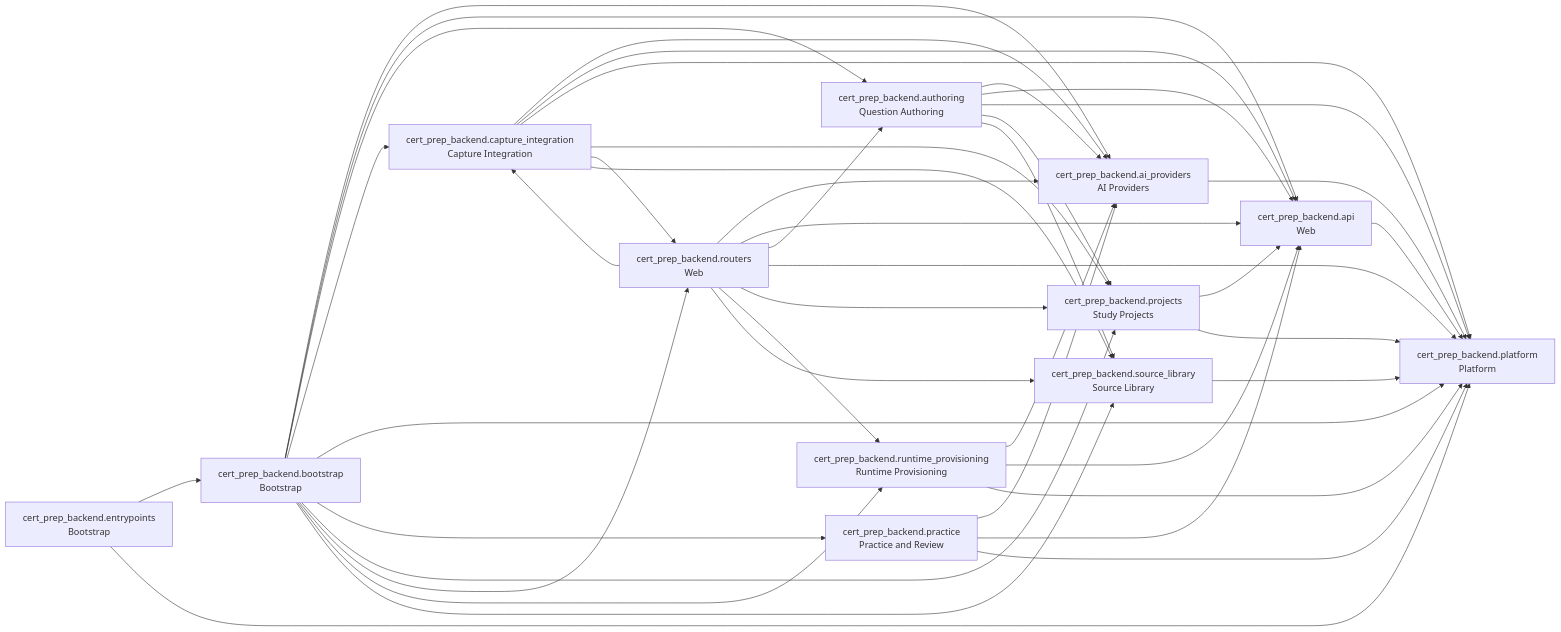
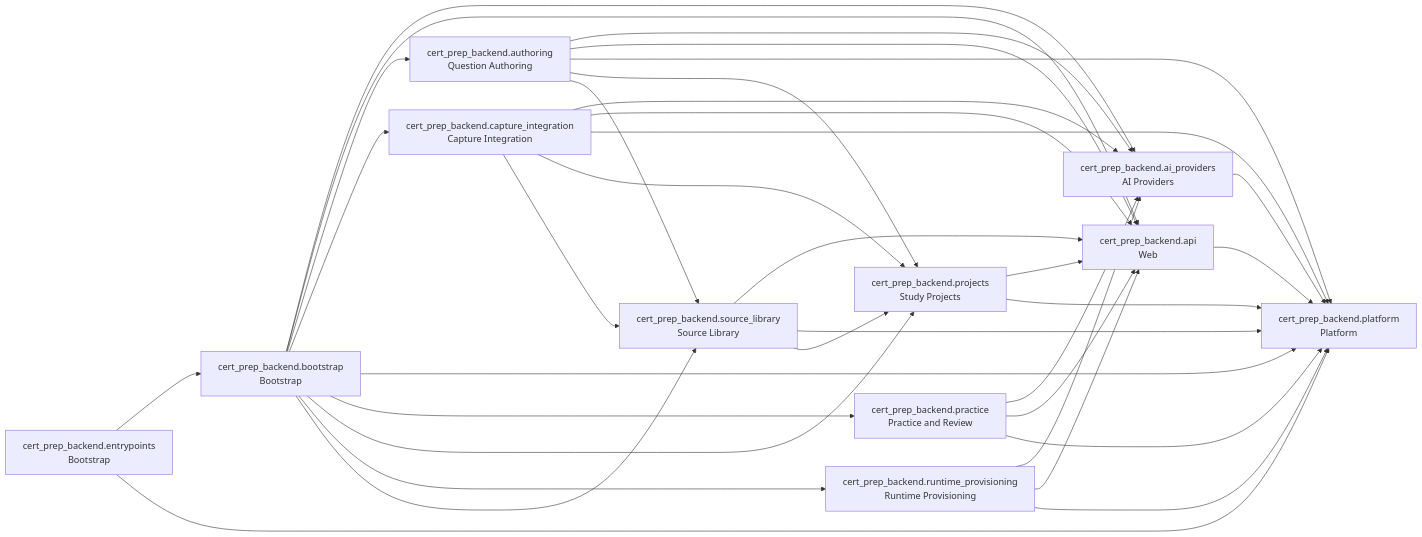
Before and after one commit to WodenWang820118/cert-prep: the diagram in docs/architecture/backend-contexts.md, drawn with Mermaid. The commit also changed other lines of this file and 36 other files, not shown here.

First line of the commit message:
refactor(backend): move document and operation rules out of routers (DDD step C6)

````diff
--- a/docs/architecture/backend-contexts.md
+++ b/docs/architecture/backend-contexts.md
@@ -6,57 +6,48 @@
 ```mermaid
 flowchart LR
   n_cert_prep_backend_ai_providers["cert_prep_backend.ai_providers<br/>AI Providers"]
   n_cert_prep_backend_api["cert_prep_backend.api<br/>Web"]
   n_cert_prep_backend_authoring["cert_prep_backend.authoring<br/>Question Authoring"]
   n_cert_prep_backend_bootstrap["cert_prep_backend.bootstrap<br/>Bootstrap"]
   n_cert_prep_backend_capture_integration["cert_prep_backend.capture_integration<br/>Capture Integration"]
   n_cert_prep_backend_entrypoints["cert_prep_backend.entrypoints<br/>Bootstrap"]
   n_cert_prep_backend_platform["cert_prep_backend.platform<br/>Platform"]
   n_cert_prep_backend_practice["cert_prep_backend.practice<br/>Practice and Review"]
   n_cert_prep_backend_projects["cert_prep_backend.projects<br/>Study Projects"]
-  n_cert_prep_backend_routers["cert_prep_backend.routers<br/>Web"]
   n_cert_prep_backend_runtime_provisioning["cert_prep_backend.runtime_provisioning<br/>Runtime Provisioning"]
   n_cert_prep_backend_source_library["cert_prep_backend.source_library<br/>Source Library"]
   n_cert_prep_backend_ai_providers --> n_cert_prep_backend_platform
   n_cert_prep_backend_api --> n_cert_prep_backend_platform
   n_cert_prep_backend_authoring --> n_cert_prep_backend_ai_providers
   n_cert_prep_backend_authoring --> n_cert_prep_backend_api
   n_cert_prep_backend_authoring --> n_cert_prep_backend_platform
   n_cert_prep_backend_authoring --> n_cert_prep_backend_projects
   n_cert_prep_backend_authoring --> n_cert_prep_backend_source_library
   n_cert_prep_backend_bootstrap --> n_cert_prep_backend_ai_providers
   n_cert_prep_backend_bootstrap --> n_cert_prep_backend_api
   n_cert_prep_backend_bootstrap --> n_cert_prep_backend_authoring
   n_cert_prep_backend_bootstrap --> n_cert_prep_backend_capture_integration
   n_cert_prep_backend_bootstrap --> n_cert_prep_backend_platform
   n_cert_prep_backend_bootstrap --> n_cert_prep_backend_practice
   n_cert_prep_backend_bootstrap --> n_cert_prep_backend_projects
-  n_cert_prep_backend_bootstrap --> n_cert_prep_backend_routers
   n_cert_prep_backend_bootstrap --> n_cert_prep_backend_runtime_provisioning
   n_cert_prep_backend_bootstrap --> n_cert_prep_backend_source_library
   n_cert_prep_backend_capture_integration --> n_cert_prep_backend_ai_providers
   n_cert_prep_backend_capture_integration --> n_cert_prep_backend_api
   n_cert_prep_backend_capture_integration --> n_cert_prep_backend_platform
   n_cert_prep_backend_capture_integration --> n_cert_prep_backend_projects
-  n_cert_prep_backend_capture_integration --> n_cert_prep_backend_routers
   n_cert_prep_backend_capture_integration --> n_cert_prep_backend_source_library
   n_cert_prep_backend_entrypoints --> n_cert_prep_backend_bootstrap
   n_cert_prep_backend_entrypoints --> n_cert_prep_backend_platform
   n_cert_prep_backend_practice --> n_cert_prep_backend_ai_providers
   n_cert_prep_backend_practice --> n_cert_prep_backend_api
   n_cert_prep_backend_practice --> n_cert_prep_backend_platform
   n_cert_prep_backend_projects --> n_cert_prep_backend_api
   n_cert_prep_backend_projects --> n_cert_prep_backend_platform
-  n_cert_prep_backend_routers --> n_cert_prep_backend_ai_providers
-  n_cert_prep_backend_routers --> n_cert_prep_backend_api
-  n_cert_prep_backend_routers --> n_cert_prep_backend_authoring
-  n_cert_prep_backend_routers --> n_cert_prep_backend_capture_integration
-  n_cert_prep_backend_routers --> n_cert_prep_backend_platform
-  n_cert_prep_backend_routers --> n_cert_prep_backend_projects
-  n_cert_prep_backend_routers --> n_cert_prep_backend_runtime_provisioning
-  n_cert_prep_backend_routers --> n_cert_prep_backend_source_library
   n_cert_prep_backend_runtime_provisioning --> n_cert_prep_backend_ai_providers
   n_cert_prep_backend_runtime_provisioning --> n_cert_prep_backend_api
   n_cert_prep_backend_runtime_provisioning --> n_cert_prep_backend_platform
+  n_cert_prep_backend_source_library --> n_cert_prep_backend_api
   n_cert_prep_backend_source_library --> n_cert_prep_backend_platform
+  n_cert_prep_backend_source_library --> n_cert_prep_backend_projects
 ```
````
